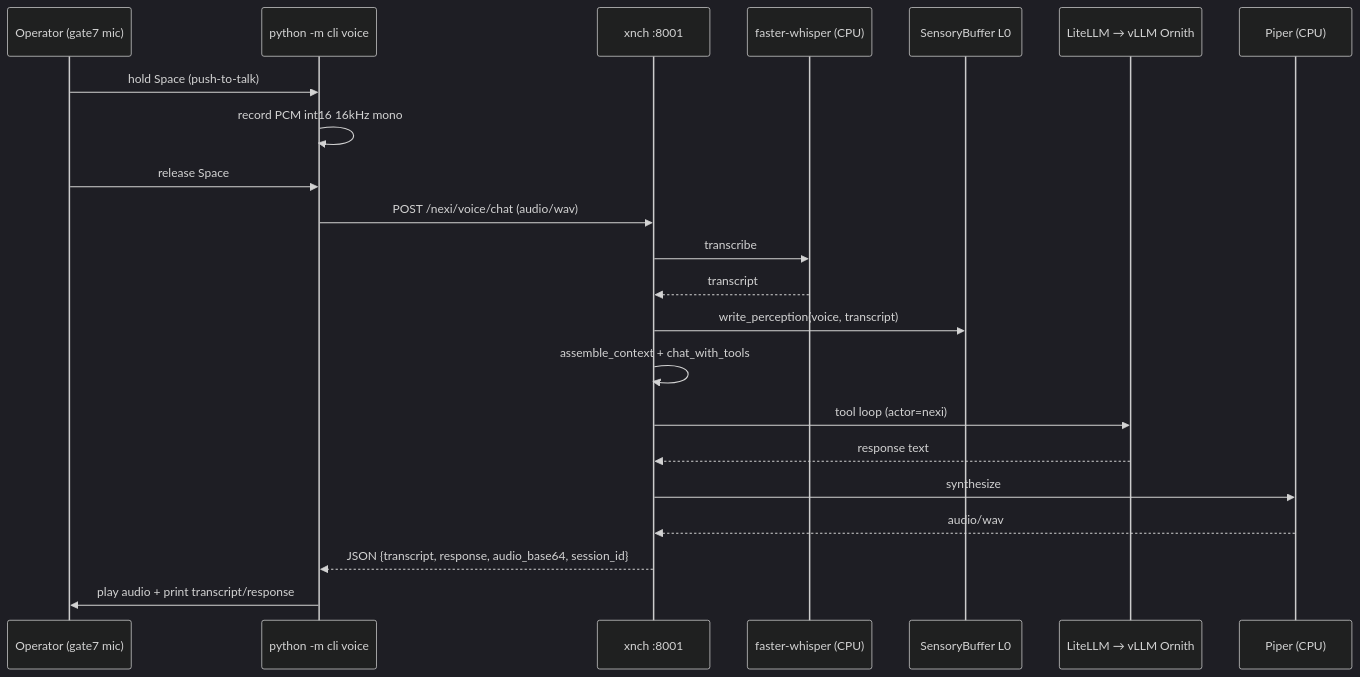
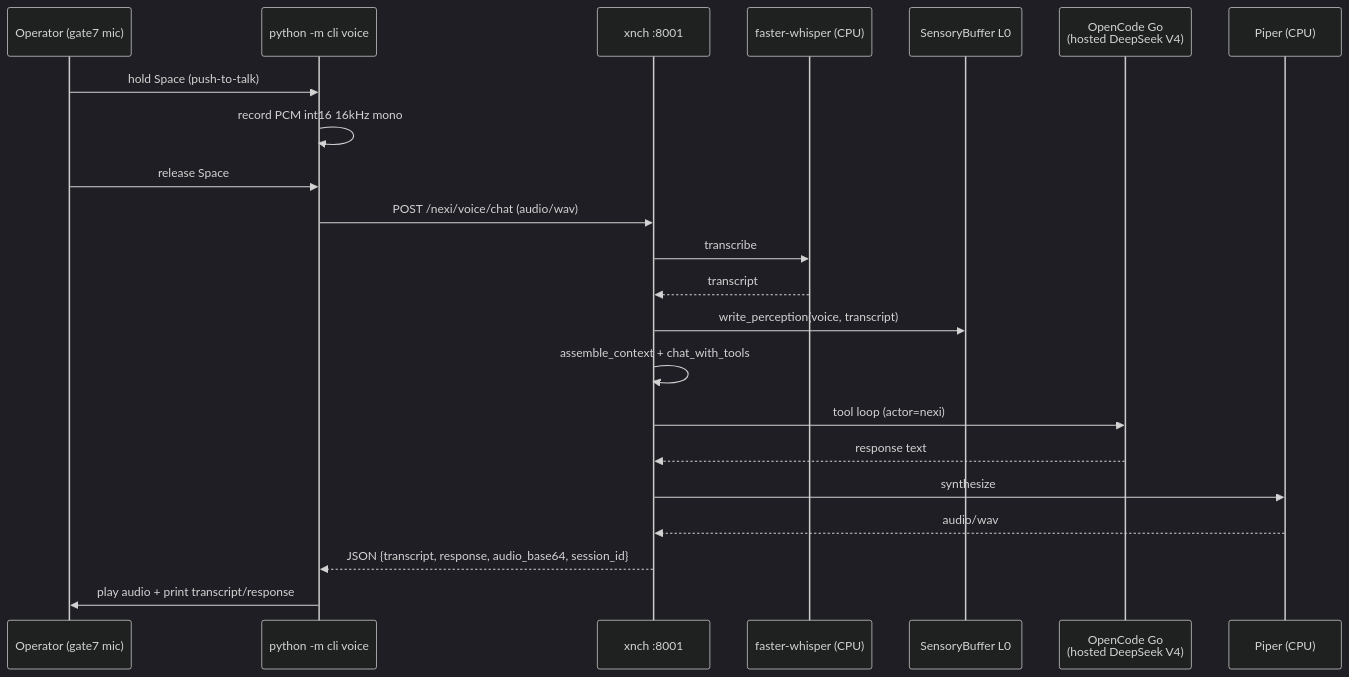
One commit to x-nch/xnchSystems changed the first of 2 diagrams in docs/guides/nexi-voice-architecture.md. Above: the diagram before and after it, drawn with Mermaid (dark theme). The commit also changed other lines of this file and 16 other files, not shown here.

````diff
--- a/docs/guides/nexi-voice-architecture.md
+++ b/docs/guides/nexi-voice-architecture.md
@@ -56,25 +56,25 @@
 ```mermaid
 sequenceDiagram
     participant U as Operator (gate7 mic)
     participant CLI as python -m cli voice
     participant XNCH as xnch :8001
     participant STT as faster-whisper (CPU)
     participant SB as SensoryBuffer L0
-    participant LLM as LiteLLM → vLLM Ornith
+    participant LLM as OpenCode Go<br/>(hosted DeepSeek V4)
     participant TTS as Piper (CPU)
 
     U->>CLI: hold Space (push-to-talk)
     CLI->>CLI: record PCM int16 16kHz mono
     U->>CLI: release Space
     CLI->>XNCH: POST /nexi/voice/chat (audio/wav)
     XNCH->>STT: transcribe
     STT-->>XNCH: transcript
     XNCH->>SB: write_perception(voice, transcript)
     XNCH->>XNCH: assemble_context + chat_with_tools
     XNCH->>LLM: tool loop (actor=nexi)
     LLM-->>XNCH: response text
     XNCH->>TTS: synthesize
     TTS-->>XNCH: audio/wav
     XNCH-->>CLI: JSON {transcript, response, audio_base64, session_id}
     CLI->>U: play audio + print transcript/response
 ```
````
